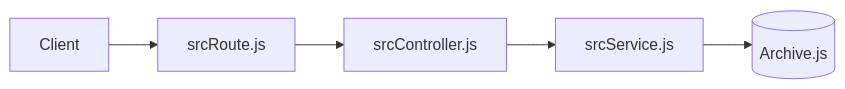
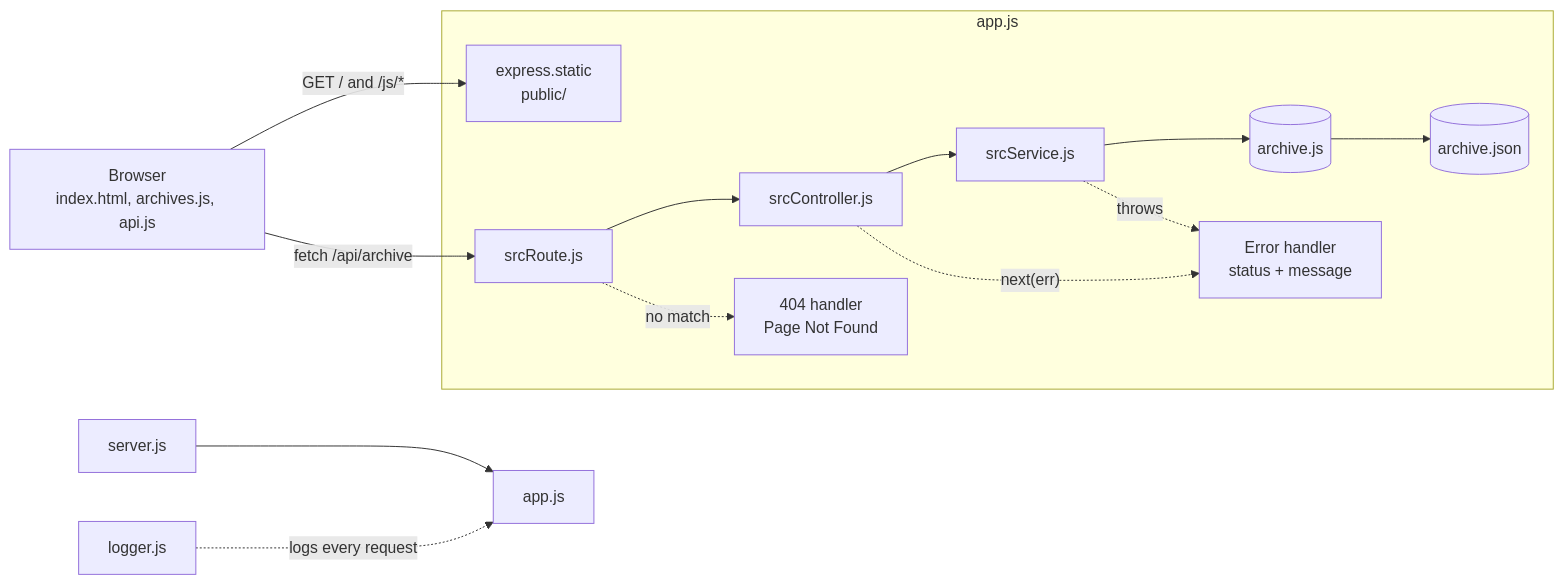
Before and after one commit to Niller-nuller/FeedbackStarWarsOpgave: the first of 3 diagrams in readme.md, drawn with Mermaid. The commit also changed other lines of this file and 1 other file, not shown here.

````diff
--- a/readme.md
+++ b/readme.md
@@ -3,7 +4,21 @@
 ```mermaid
 flowchart LR
-    Client[Client] --> Routes[srcRoute.js]
-    Routes --> Controller[srcController.js]
-    Controller --> Service[srcService.js]
-    Service --> Archive[(Archive.js)]
+    Browser["Browser<br/>index.html, archives.js, api.js"]
+    Server[server.js] --> App[app.js]
+
+    Browser -->|"GET / and /js/*"| Static["express.static<br/>public/"]
+    Browser -->|"fetch /api/archive"| Routes[srcRoute.js]
+
+    subgraph App_["app.js"]
+        Static
+        Routes --> Controller[srcController.js]
+        Controller --> Service[srcService.js]
+        Service --> Data[(archive.js)]
+        Data --> Json[(archive.json)]
+        Routes -. "no match" .-> NotFound["404 handler<br/>Page Not Found"]
+        Controller -. "next(err)" .-> ErrorH["Error handler<br/>status + message"]
+        Service -. "throws" .-> ErrorH
+    end
+
+    Logger[logger.js] -. "logs every request" .-> App
 ```
````
